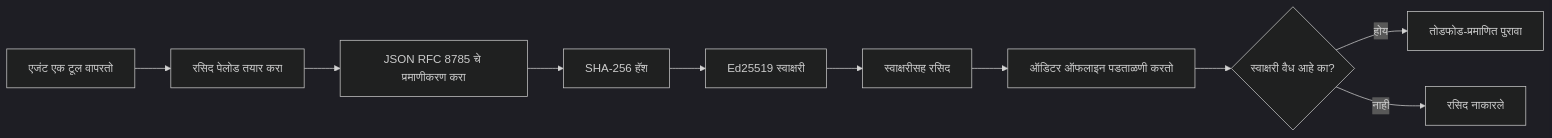
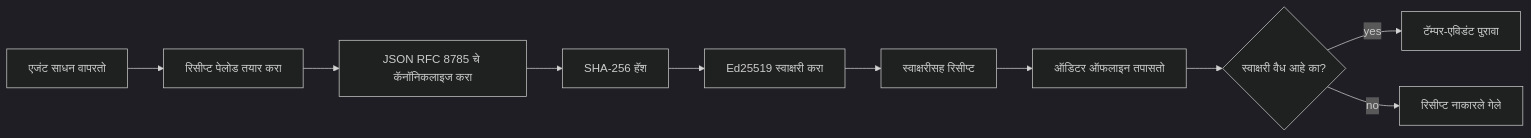
One commit to gabrielmoreira/agent-skills-mirror changed the first of 2 diagrams in mirrors/repos/microsoft@ai-agents-for-beginners/translations/mr/18-securing-ai-agents/README.md. Above: the diagram before and after it, drawn with Mermaid (dark theme). The commit also changed other lines of this file and 8886 other files, not shown here.

````diff
--- a/mirrors/repos/microsoft@ai-agents-for-beginners/translations/mr/18-securing-ai-agents/README.md
+++ b/mirrors/repos/microsoft@ai-agents-for-beginners/translations/mr/18-securing-ai-agents/README.md
@@ -51,12 +51,12 @@
 ```mermaid
 flowchart LR
-    A[एजंट एक टूल वापरतो] --> B[रसिद पेलोड तयार करा]
-    B --> C[JSON RFC 8785 चे प्रमाणीकरण करा]
+    A[एजंट साधन वापरतो] --> B[रिसीप्ट पेलोड तयार करा]
+    B --> C[JSON RFC 8785 चे कॅनॉनिकलाइज करा]
     C --> D[SHA-256 हॅश]
-    D --> E[Ed25519 स्वाक्षरी]
-    E --> F[स्वाक्षरीसह रसिद]
-    F --> G[ऑडिटर ऑफलाइन पडताळणी करतो]
+    D --> E[Ed25519 स्वाक्षरी करा]
+    E --> F[स्वाक्षरीसह रिसीप्ट]
+    F --> G[ऑडिटर ऑफलाइन तपासतो]
     G --> H{स्वाक्षरी वैध आहे का?}
-    H -- होय --> I[तोडफोड-प्रमाणित पुरावा]
-    H -- नाही --> J[रसिद नाकारले]
+    H -- yes --> I[टॅम्पर-एविडंट पुरावा]
+    H -- no --> J[रिसीप्ट नाकारले गेले]
 ```
````
